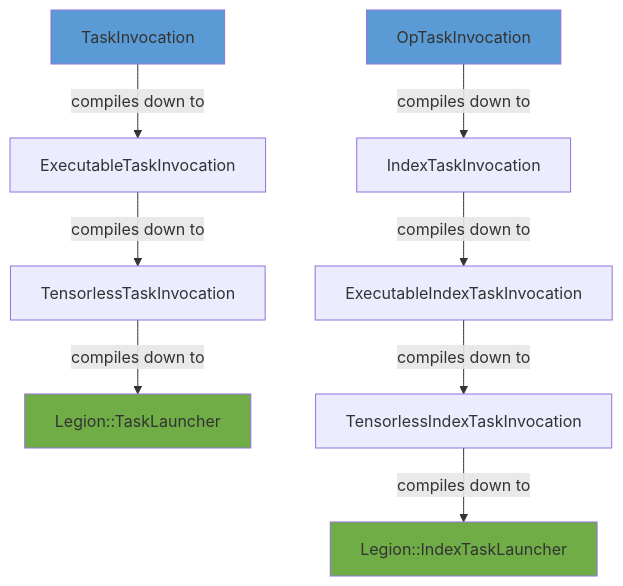
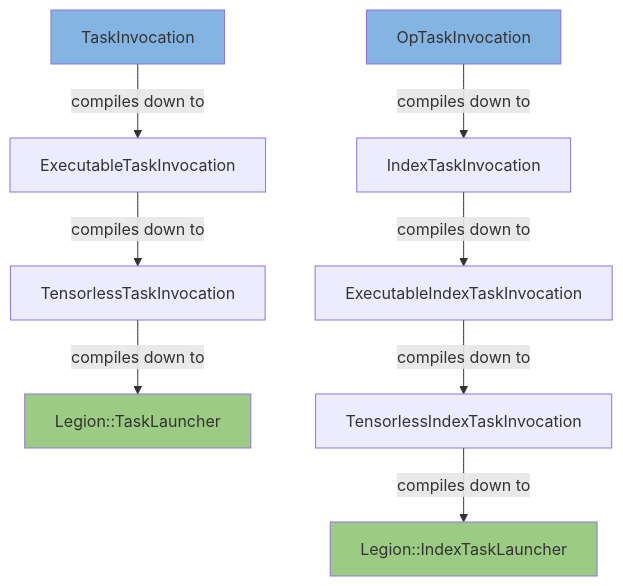
One commit to KateUnger/FlexFlow changed the first of 2 diagrams in lib/runtime/src/task_spec/README.md. Above: the diagram before and after it, drawn with Mermaid.

Commit message:
fix second fc

````diff
--- a/lib/runtime/src/task_spec/README.md
+++ b/lib/runtime/src/task_spec/README.md
@@ -26,23 +26,23 @@
 ```mermaid
 flowchart TD
-    classDef blue fill:#5b9bd5
-    classDef green fill:#70ad47
+    classDef blue fill:#83b4e2
+    classDef green fill:#9ccc84
 
     A[OpTaskInvocation]
     B[TaskInvocation]
     C[ExecutableTaskInvocation]
     D[TensorlessTaskInvocation]
     E[IndexTaskInvocation]
     F[Legion::TaskLauncher]
     G[Legion::IndexTaskLauncher]
     H[ExecutableIndexTaskInvocation]
     I[TensorlessIndexTaskInvocation]
     A:::blue -->|compiles down to| E
     E -->|compiles down to| H
     H -->|compiles down to| I 
     I -->|compiles down to| G:::green
 
     B:::blue -->|compiles down to| C
     C -->|compiles down to| D
     D -->|compiles down to| F:::green
 ```
````
